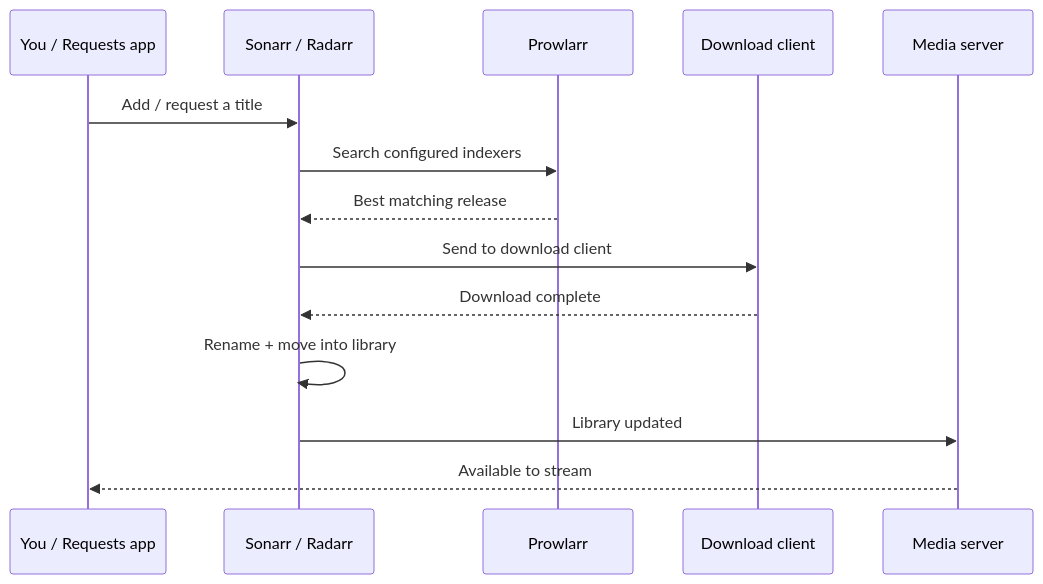
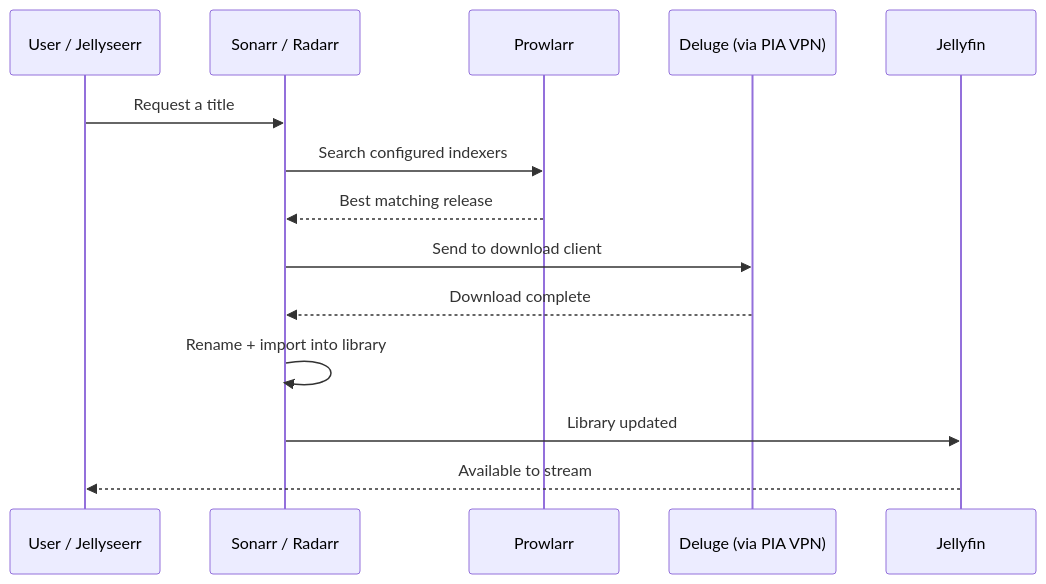
Before and after one commit to samcolmanetti/home-server: the second of 2 diagrams in README.md, drawn with Mermaid. The commit also changed other lines of this file, not shown here.

````diff
--- a/README.md
+++ b/README.md
@@ -196,17 +188,17 @@
 ```mermaid
 sequenceDiagram
-  participant U as You / Requests app
+  participant U as User / Jellyseerr
   participant ARR as Sonarr / Radarr
   participant P as Prowlarr
-  participant DL as Download client
-  participant M as Media server
+  participant DL as Deluge (via PIA VPN)
+  participant M as Jellyfin
 
-  U->>ARR: Add / request a title
+  U->>ARR: Request a title
   ARR->>P: Search configured indexers
   P-->>ARR: Best matching release
   ARR->>DL: Send to download client
   DL-->>ARR: Download complete
-  ARR->>ARR: Rename + move into library
+  ARR->>ARR: Rename + import into library
   ARR->>M: Library updated
   M-->>U: Available to stream
 ```
````
